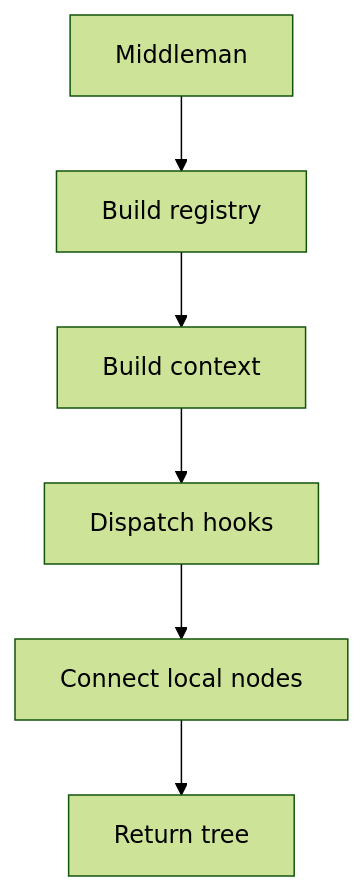
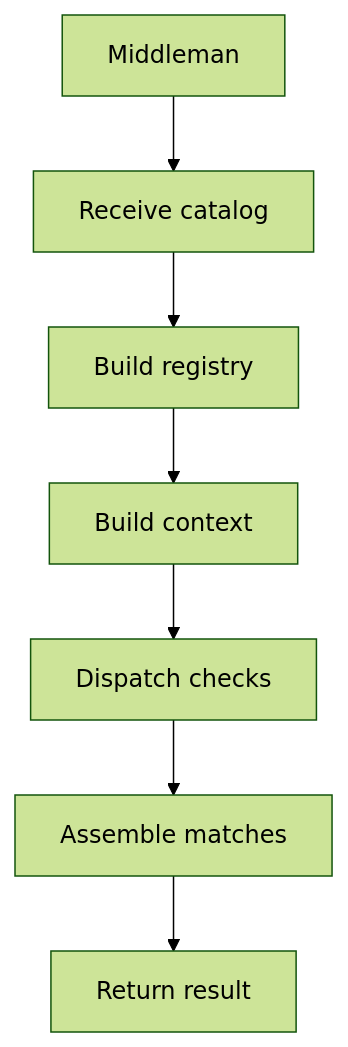
Before and after one commit to JohnAndrewBalbarosa/NeoTerritory: the diagram in docs/Codebase/Microservice/Modules/Source/Analysis/Patterns/Middleman/Middleman/README.md, drawn with Mermaid (forest theme). The commit also changed other lines of this file and 182 other files, not shown here.

````diff
--- a/docs/Codebase/Microservice/Modules/Source/Analysis/Patterns/Middleman/Middleman/README.md
+++ b/docs/Codebase/Microservice/Modules/Source/Analysis/Patterns/Middleman/Middleman/README.md
@@ -12,14 +12,16 @@
 ```mermaid
 flowchart TD
     Start["Middleman"]
-    N0["Build registry"]
-    N1["Build context"]
-    N2["Dispatch hooks"]
-    N3["Connect local nodes"]
-    End["Return tree"]
+    N0["Receive catalog"]
+    N1["Build registry"]
+    N2["Build context"]
+    N3["Dispatch checks"]
+    N4["Assemble matches"]
+    End["Return result"]
     Start --> N0
     N0 --> N1
     N1 --> N2
     N2 --> N3
-    N3 --> End
+    N3 --> N4
+    N4 --> End
 ```
````
